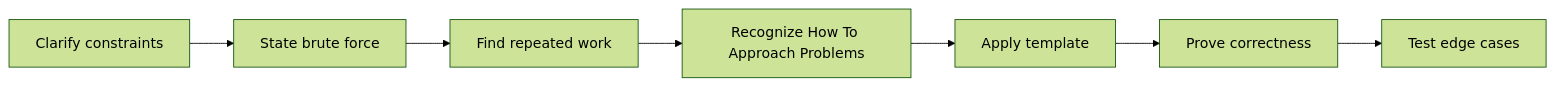
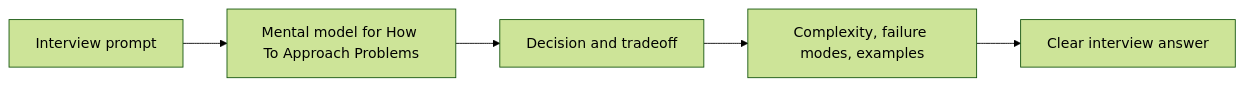
One commit to abstractinterviews/abstractinterviews.github.io changed the second of 2 diagrams in coding-round/strategy/how-to-approach-problems/index.md. Above: the diagram before and after it, drawn with Mermaid (forest theme). The commit also changed other lines of this file and 278 other files, not shown here.

````diff
--- a/coding-round/strategy/how-to-approach-problems/index.md
+++ b/coding-round/strategy/how-to-approach-problems/index.md
@@ -123,9 +121,7 @@
-~~~mermaid
+```mermaid
 flowchart LR
-    A["Clarify constraints"] --> B["State brute force"]
-    B --> C["Find repeated work"]
-    C --> D["Recognize How To Approach Problems"]
-    D --> E["Apply template"]
-    E --> F["Prove correctness"]
-    F --> G["Test edge cases"]
-~~~
+    Problem["Interview prompt"] --> Model["Mental model for How To Approach Problems"]
+    Model --> Choice["Decision and tradeoff"]
+    Choice --> Evidence["Complexity, failure modes, examples"]
+    Evidence --> Answer["Clear interview answer"]
+```
````
